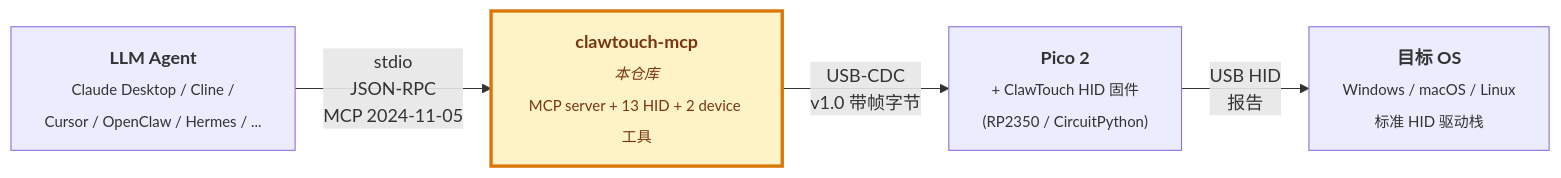
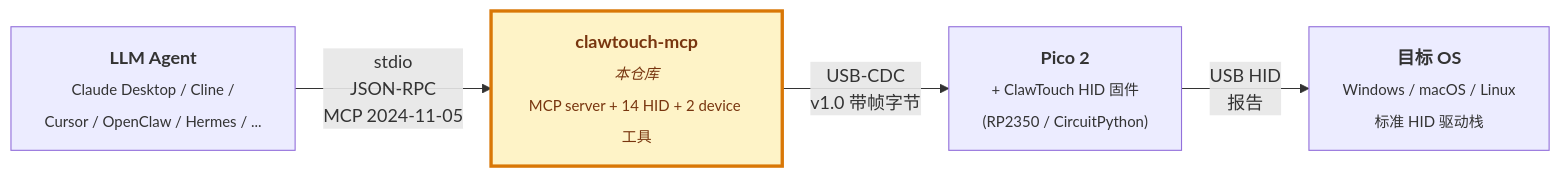
The diagram in README.zh-CN.md (tinqiao-oss/clawtouch-mcp), drawn with Mermaid before and after one commit. The commit also changed other lines of this file and 16 other files, not shown here.

````diff
--- a/README.zh-CN.md
+++ b/README.zh-CN.md
@@ -399,9 +405,9 @@
 ```mermaid
 flowchart LR
     A["<b>LLM Agent</b><br/><sub>Claude Desktop / Cline /<br/>Cursor / OpenClaw / Hermes / ...</sub>"]
-        -->|"stdio<br/>JSON-RPC<br/>MCP 2024-11-05"| B["<b>clawtouch-mcp</b><br/><sub><i>本仓库</i><br/>MCP server + 13 HID + 2 device 工具</sub>"]
+        -->|"stdio<br/>JSON-RPC<br/>MCP 2024-11-05"| B["<b>clawtouch-mcp</b><br/><sub><i>本仓库</i><br/>MCP server + 14 HID + 2 device 工具</sub>"]
     B -->|"USB-CDC<br/>v1.0 带帧字节"| C["<b>Pico 2</b><br/><sub>+ ClawTouch HID 固件<br/>(RP2350 / CircuitPython)</sub>"]
     C -->|"USB HID<br/>报告"| D["<b>目标 OS</b><br/><sub>Windows / macOS / Linux<br/>标准 HID 驱动栈</sub>"]
     classDef this fill:#fef3c7,stroke:#d97706,stroke-width:3px,color:#78350f;
     class B this;
 ```
````
